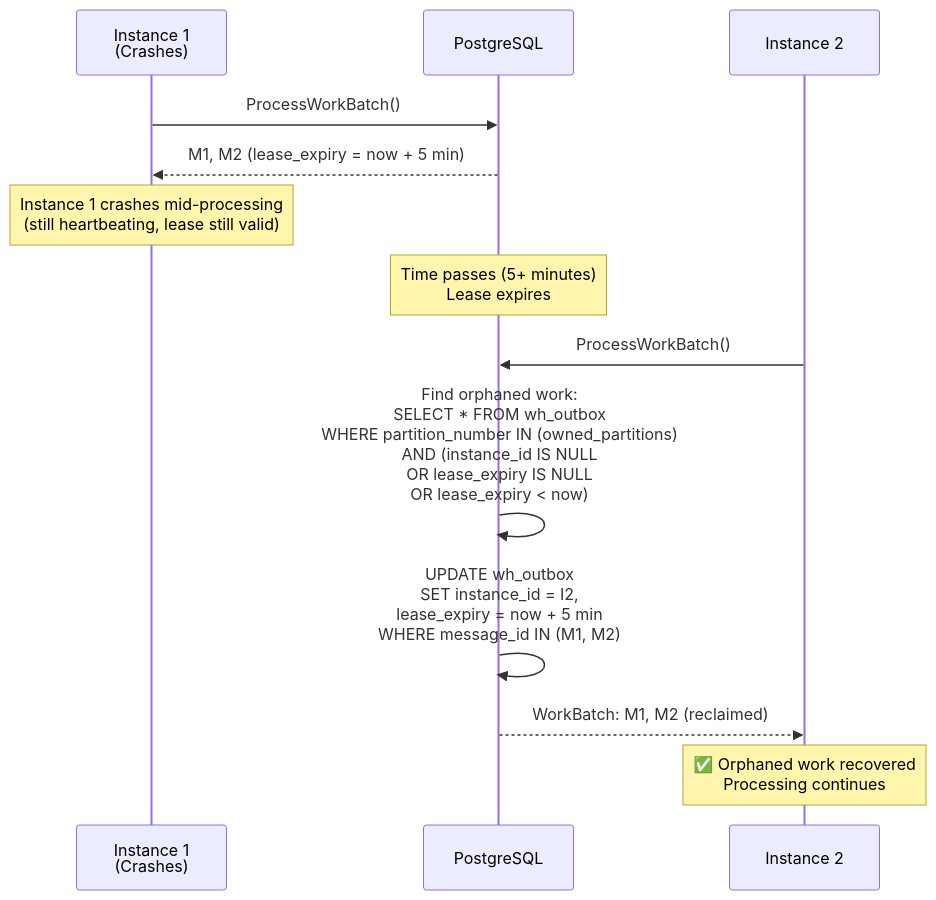
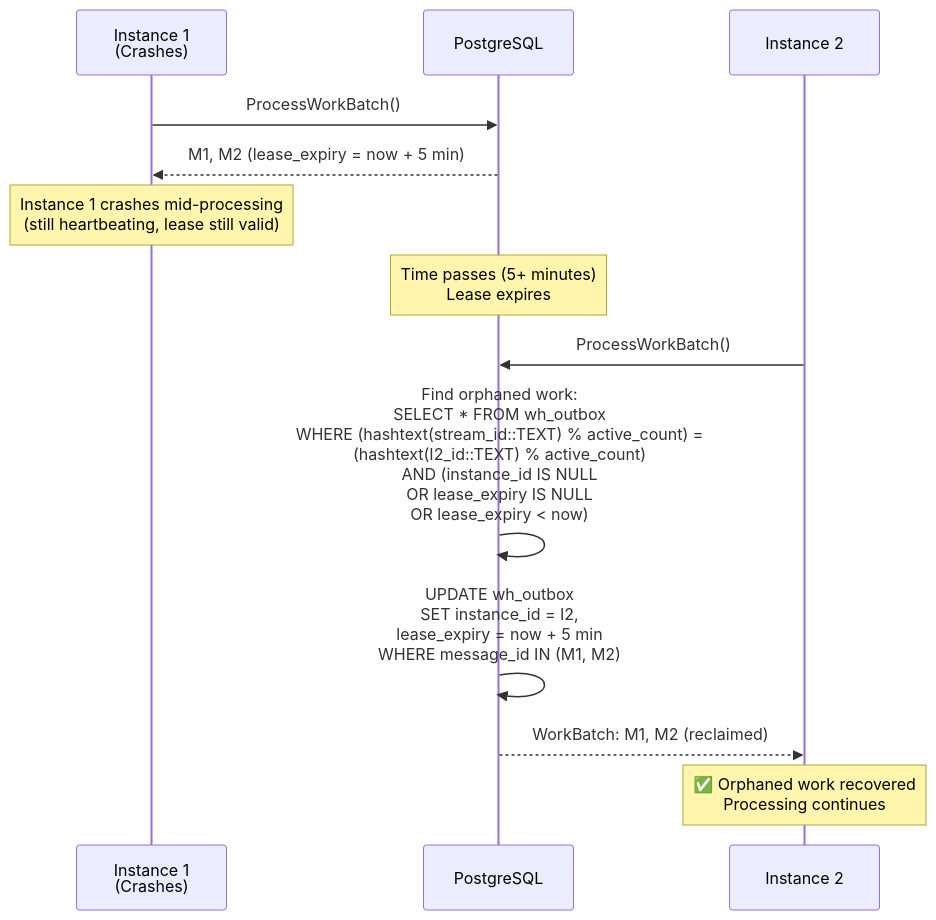
The fifth of 10 diagrams in src/assets/docs/v0.1.0/messaging/multi-instance-coordination.md (whizbang-lib/whizbang-lib.github.io), drawn with Mermaid before and after one commit. The commit also changed other lines of this file and 4 other files, not shown here.

````diff
--- a/src/assets/docs/v0.1.0/messaging/multi-instance-coordination.md
+++ b/src/assets/docs/v0.1.0/messaging/multi-instance-coordination.md
@@ -301,20 +260,20 @@
 ```mermaid
 sequenceDiagram
     participant I1 as Instance 1<br/>(Crashes)
     participant DB as PostgreSQL
     participant I2 as Instance 2
 
     I1->>DB: ProcessWorkBatch()
     DB-->>I1: M1, M2 (lease_expiry = now + 5 min)
 
     Note over I1: Instance 1 crashes mid-processing<br/>(still heartbeating, lease still valid)
 
     Note over DB: Time passes (5+ minutes)<br/>Lease expires
 
     I2->>DB: ProcessWorkBatch()
-    DB->>DB: Find orphaned work:<br/>SELECT * FROM wh_outbox<br/>WHERE partition_number IN (owned_partitions)<br/>AND (instance_id IS NULL<br/>     OR lease_expiry IS NULL<br/>     OR lease_expiry < now)
+    DB->>DB: Find orphaned work:<br/>SELECT * FROM wh_outbox<br/>WHERE (hashtext(stream_id::TEXT) % active_count) =<br/>(hashtext(I2_id::TEXT) % active_count)<br/>AND (instance_id IS NULL<br/>     OR lease_expiry IS NULL<br/>     OR lease_expiry < now)
     DB->>DB: UPDATE wh_outbox<br/>SET instance_id = I2,<br/>lease_expiry = now + 5 min<br/>WHERE message_id IN (M1, M2)
     DB-->>I2: WorkBatch: M1, M2 (reclaimed)
 
     Note over I2: ✅ Orphaned work recovered<br/>Processing continues
 ```
````
